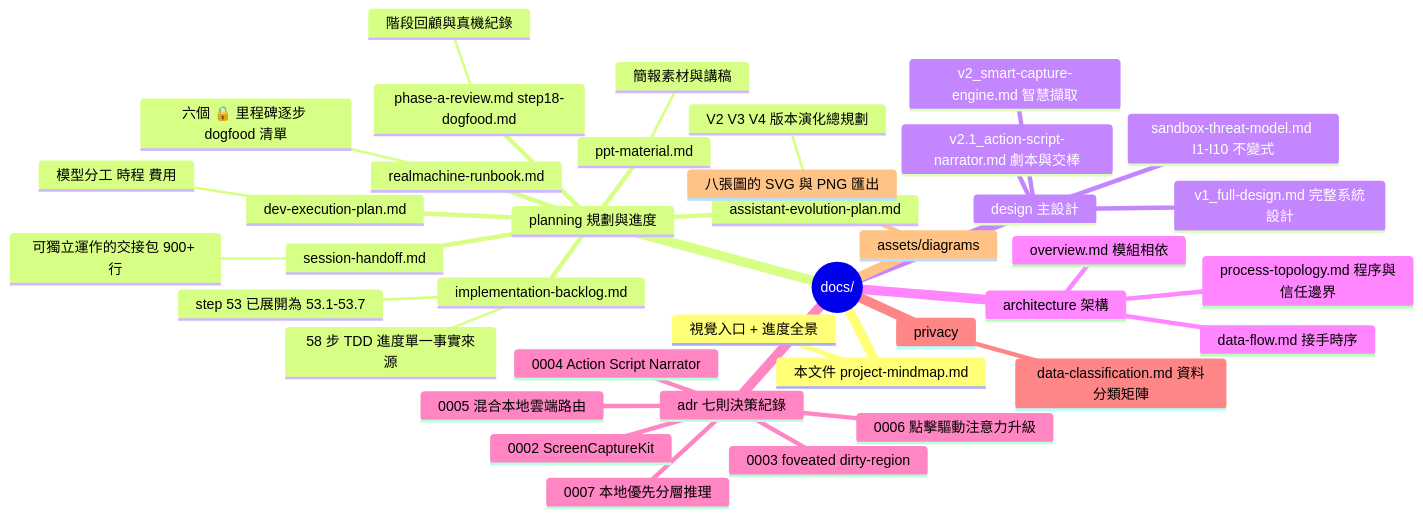
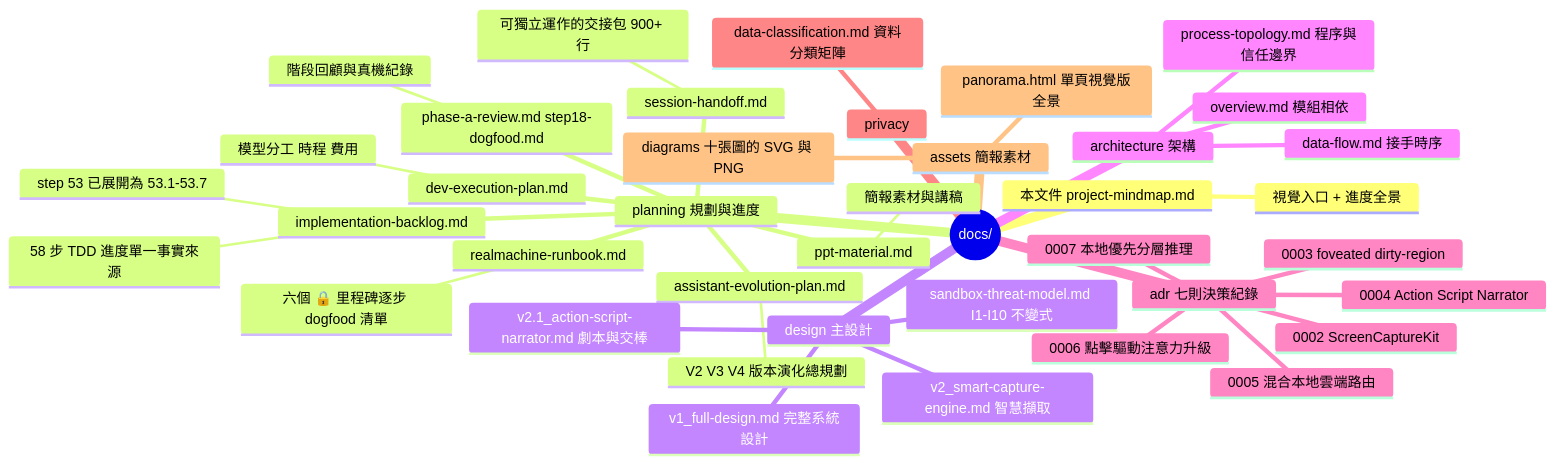
One commit to pcpcchen-coder/CoPartner changed the tenth of 10 diagrams in docs/project-mindmap.md. Above: the diagram before and after it, drawn with Mermaid. The commit also changed other lines of this file and 5 other files, not shown here.

First line of the commit message:
docs: 單頁視覺版全景進 repo（docs/assets/panorama.html）(#45)

````diff
--- a/docs/project-mindmap.md
+++ b/docs/project-mindmap.md
@@ -451,42 +452,43 @@
 ```mermaid
 mindmap
   root((docs/))
     本文件 project-mindmap.md
       視覺入口 + 進度全景
     planning 規劃與進度
       implementation-backlog.md
         58 步 TDD 進度單一事實來源
         step 53 已展開為 53.1-53.7
       realmachine-runbook.md
         六個 🔒 里程碑逐步 dogfood 清單
       session-handoff.md
         可獨立運作的交接包 900+ 行
       assistant-evolution-plan.md
         V2 V3 V4 版本演化總規劃
       dev-execution-plan.md
         模型分工 時程 費用
       ppt-material.md
         簡報素材與講稿
       phase-a-review.md step18-dogfood.md
         階段回顧與真機紀錄
     design 主設計
       v1_full-design.md 完整系統設計
       v2_smart-capture-engine.md 智慧擷取
       v2.1_action-script-narrator.md 劇本與交棒
       sandbox-threat-model.md I1-I10 不變式
     architecture 架構
       overview.md 模組相依
       data-flow.md 接手時序
       process-topology.md 程序與信任邊界
     adr 七則決策紀錄
       0002 ScreenCaptureKit
       0003 foveated dirty-region
       0004 Action Script Narrator
       0005 混合本地雲端路由
       0006 點擊驅動注意力升級
       0007 本地優先分層推理
     privacy
       data-classification.md 資料分類矩陣
-    assets/diagrams
-      八張圖的 SVG 與 PNG 匯出
+    assets 簡報素材
+      panorama.html 單頁視覺版全景
+      diagrams 十張圖的 SVG 與 PNG
 ```
````
